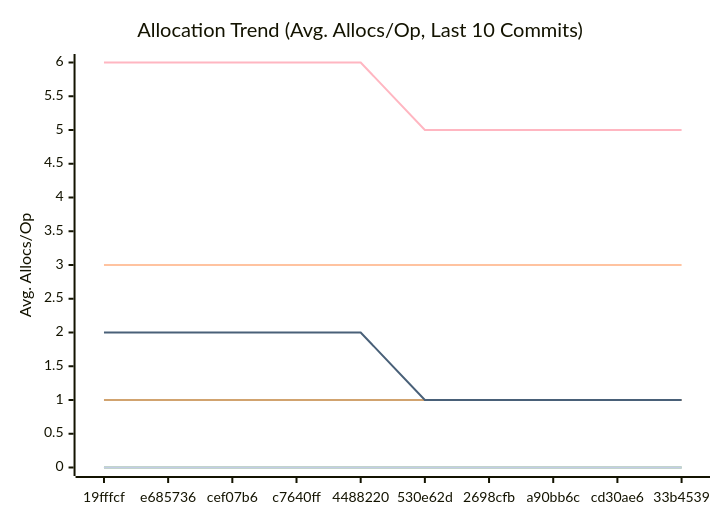
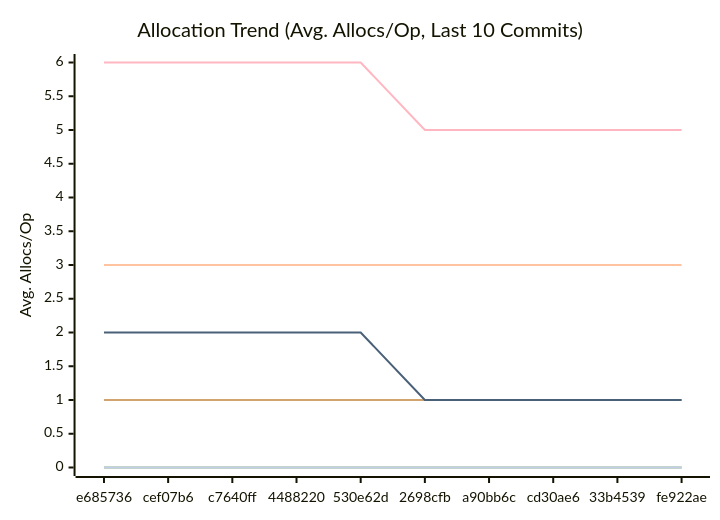
One commit to alsotoes/momo changed the third of 3 diagrams in docs/PERFORMANCE.md. Above: the diagram before and after it, drawn with Mermaid. The commit also changed other lines of this file and 7 other files, not shown here.

````diff
--- a/docs/PERFORMANCE.md
+++ b/docs/PERFORMANCE.md
@@ -114,16 +114,16 @@
 ```mermaid
 xychart-beta
     title "Allocation Trend (Avg. Allocs/Op, Last 10 Commits)"
     x-axis "Commit"
     y-axis "Avg. Allocs/Op"
-    x-axis [19fffcf,e685736,cef07b6,c7640ff,4488220,530e62d,2698cfb,a90bb6c,cd30ae6,33b4539]
+    x-axis [e685736,cef07b6,c7640ff,4488220,530e62d,2698cfb,a90bb6c,cd30ae6,33b4539,fe922ae]
     line "CheckMetricsAndSwap" [0,0,0,0,0,0,0,0,0,0]
     line "CrushOptimized" [0,0,0,0,0,0,0,0,0,0]
     line "CrushOriginal" [3,3,3,3,3,3,3,3,3,3]
     line "IndexDirectTracking" [0,0,0,0,0,0,0,0,0,0]
     line "IndexSearch" [0,0,0,0,0,0,0,0,0,0]
     line "LoadGlobalConfig" [1,1,1,1,1,1,1,1,1,1]
     line "PadString" [0,0,0,0,0,0,0,0,0,0]
     line "ParseReplicationOrder_NoPrealloc" [6,6,6,6,6,5,5,5,5,5]
     line "ParseReplicationOrder_Prealloc" [2,2,2,2,2,1,1,1,1,1]
 ```
````
